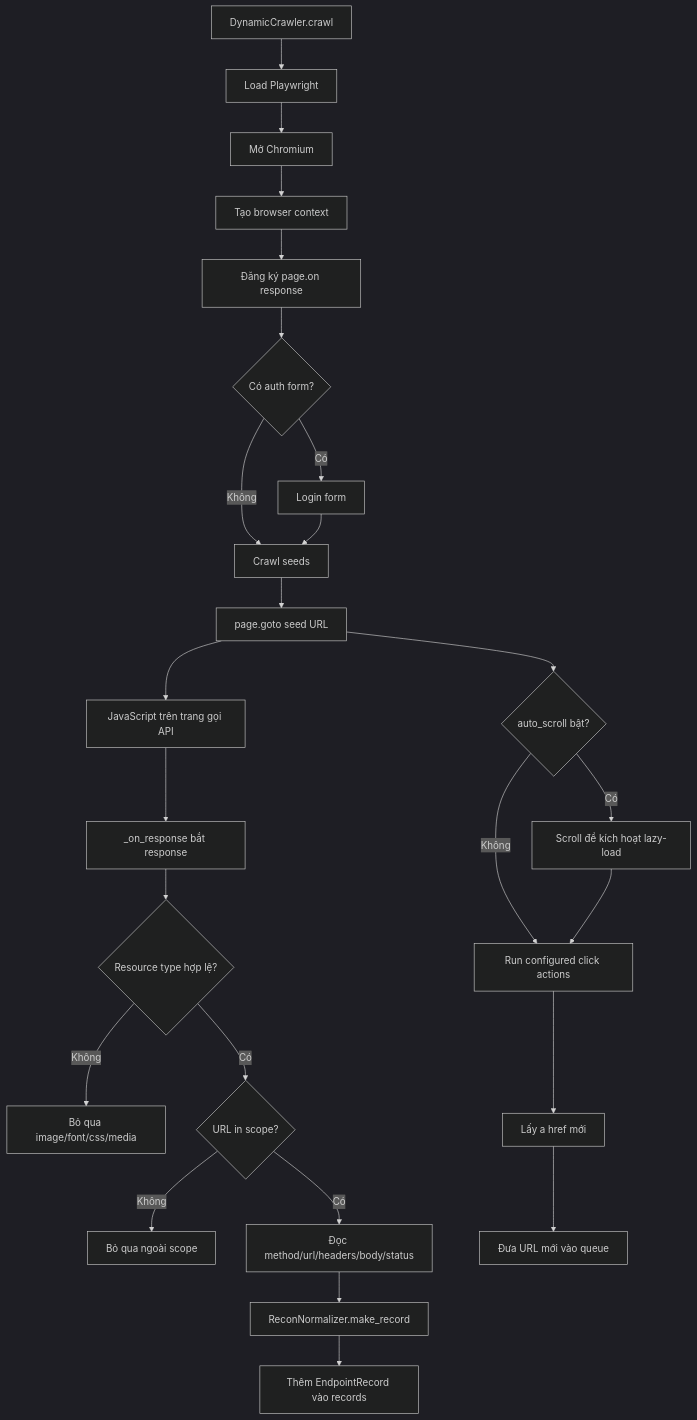
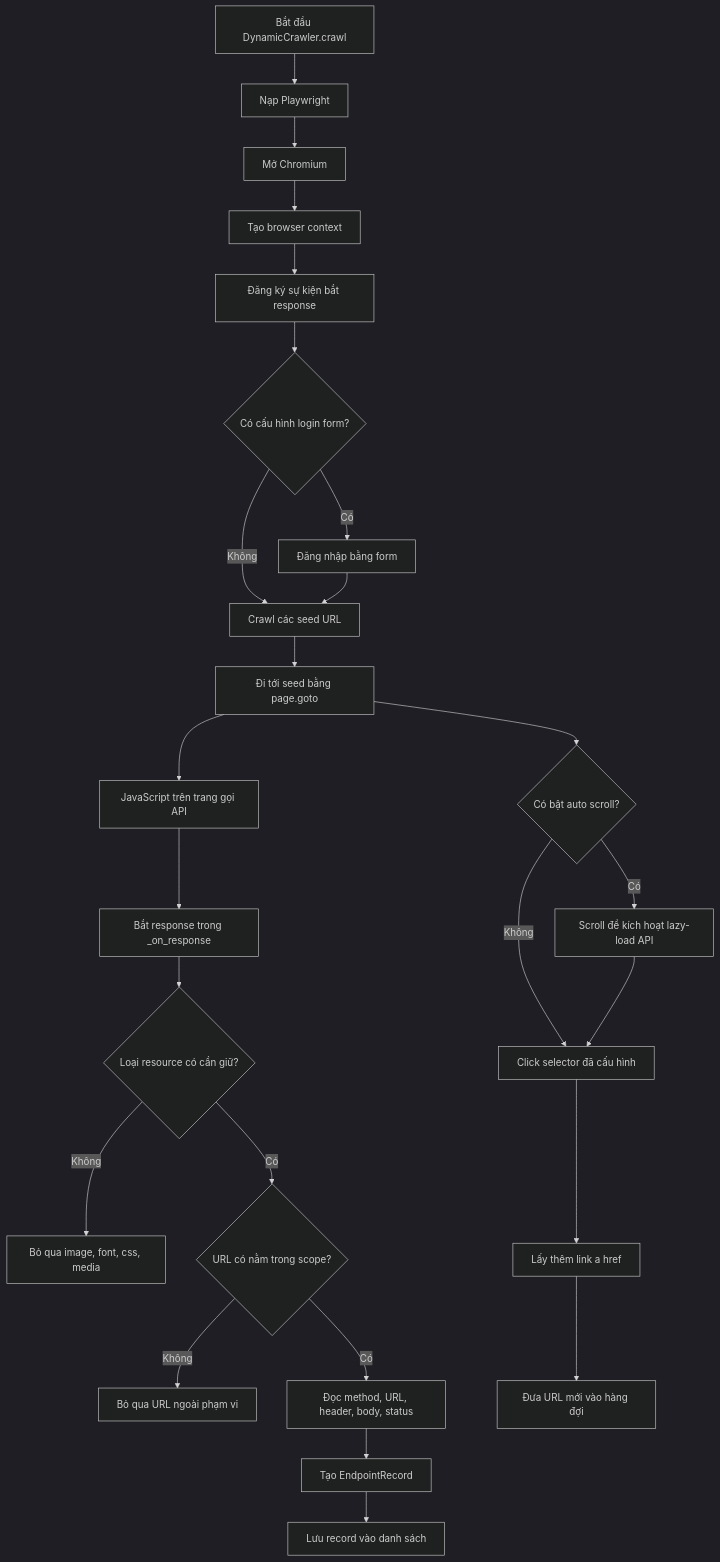
One commit to penguino7/toolkiemthu changed the fourth of 11 diagrams in RECON_FLOW.md. Above: the diagram before and after it, drawn with Mermaid (dark theme). The commit also changed other lines of this file, not shown here.

Commit message:
Update lại file recon

````diff
--- a/RECON_FLOW.md
+++ b/RECON_FLOW.md
@@ -84,32 +98,32 @@
 ```mermaid
 flowchart TD
-    A[DynamicCrawler.crawl] --> B[Load Playwright]
+    A[Bắt đầu DynamicCrawler.crawl] --> B[Nạp Playwright]
     B --> C[Mở Chromium]
     C --> D[Tạo browser context]
-    D --> E[Đăng ký page.on response]
-    E --> F{Có auth form?}
+    D --> E[Đăng ký sự kiện bắt response]
+    E --> F{Có cấu hình login form?}
 
-    F -->|Có| G[Login form]
-    F -->|Không| H[Crawl seeds]
+    F -->|Có| G[Đăng nhập bằng form]
+    F -->|Không| H[Crawl các seed URL]
     G --> H
 
-    H --> I[page.goto seed URL]
+    H --> I[Đi tới seed bằng page.goto]
     I --> J[JavaScript trên trang gọi API]
-    J --> K[_on_response bắt response]
+    J --> K[Bắt response trong _on_response]
 
-    K --> L{Resource type hợp lệ?}
-    L -->|Không| X[Bỏ qua image/font/css/media]
-    L -->|Có| M{URL in scope?}
+    K --> L{Loại resource có cần giữ?}
+    L -->|Không| X[Bỏ qua image, font, css, media]
+    L -->|Có| M{URL có nằm trong scope?}
 
-    M -->|Không| Y[Bỏ qua ngoài scope]
-    M -->|Có| N[Đọc method/url/headers/body/status]
-    N --> O[ReconNormalizer.make_record]
-    O --> P[Thêm EndpointRecord vào records]
+    M -->|Không| Y[Bỏ qua URL ngoài phạm vi]
+    M -->|Có| N[Đọc method, URL, header, body, status]
+    N --> O[Tạo EndpointRecord]
+    O --> P[Lưu record vào danh sách]
 
-    I --> Q{auto_scroll bật?}
-    Q -->|Có| R[Scroll để kích hoạt lazy-load]
-    Q -->|Không| S[Run configured click actions]
+    I --> Q{Có bật auto scroll?}
+    Q -->|Có| R[Scroll để kích hoạt lazy-load API]
+    Q -->|Không| S[Click selector đã cấu hình]
     R --> S
-    S --> T[Lấy a href mới]
-    T --> U[Đưa URL mới vào queue]
+    S --> T[Lấy thêm link a href]
+    T --> U[Đưa URL mới vào hàng đợi]
 ```
````
